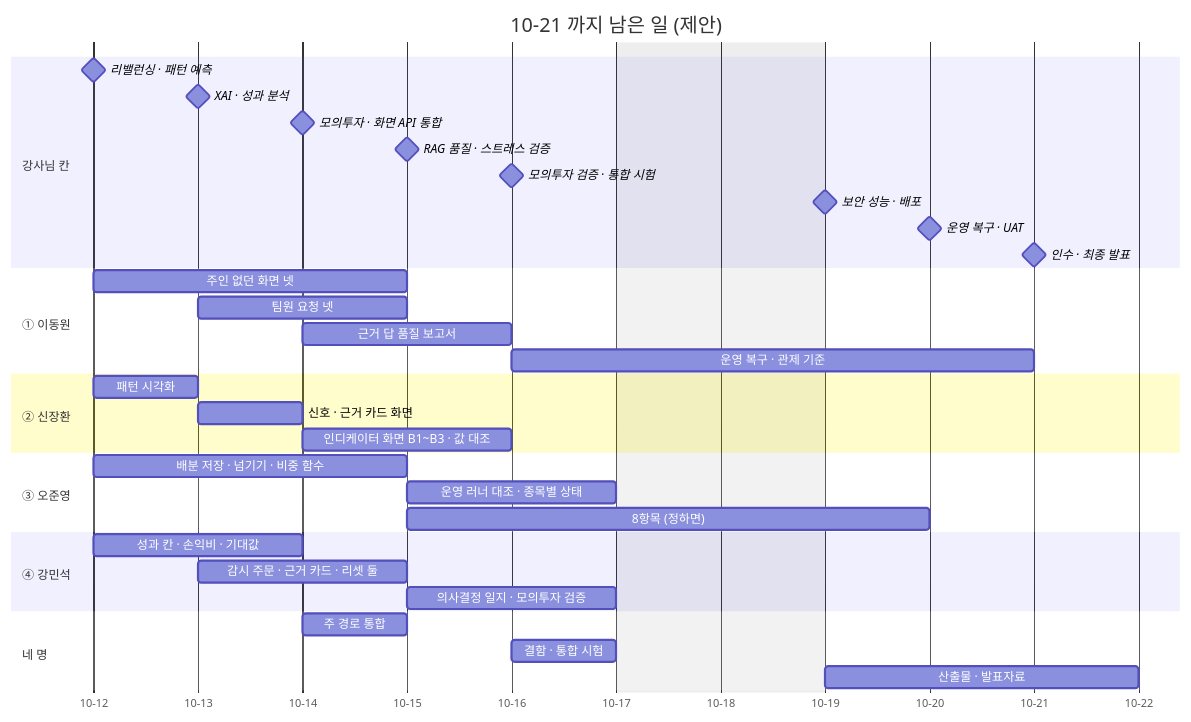
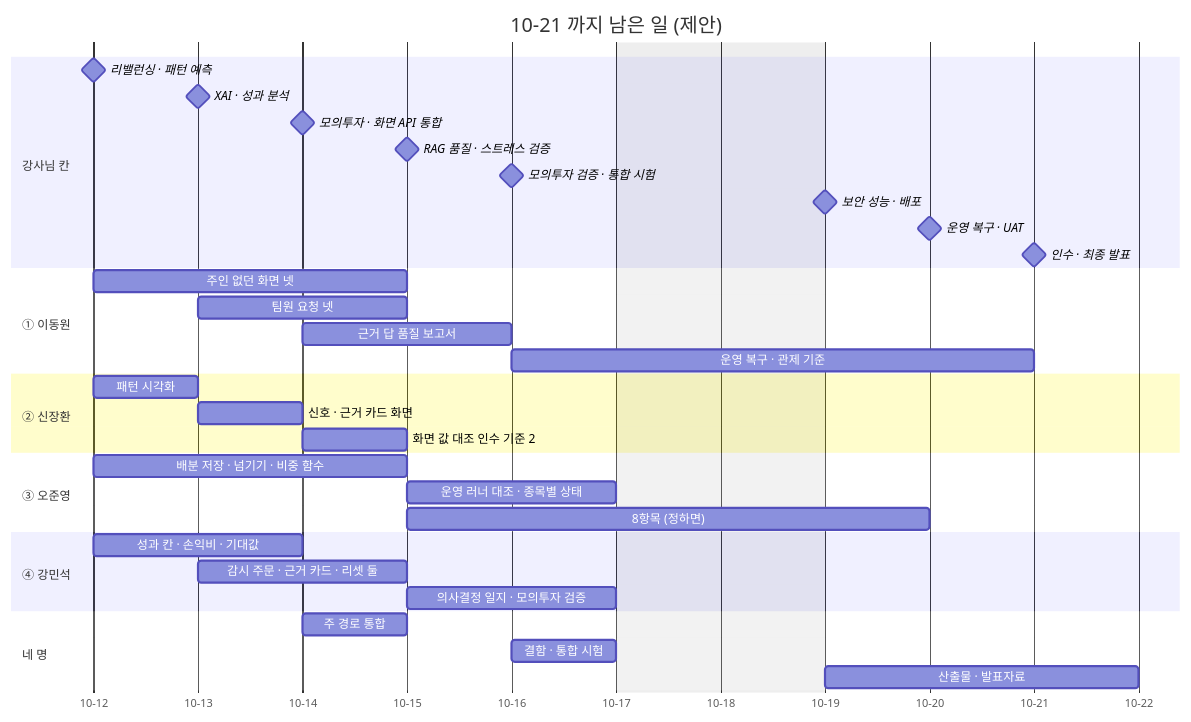
Before and after one commit to EST-team-project/Qurious: the fourth of 4 diagrams in docs/github-archive/2026-10-12/이슈-2차-중간점검/00-본문.md, drawn with Mermaid. The commit also changed other lines of this file and 84 other files, not shown here.

````diff
--- a/docs/github-archive/2026-10-12/이슈-2차-중간점검/00-본문.md
+++ b/docs/github-archive/2026-10-12/이슈-2차-중간점검/00-본문.md
@@ -280,37 +281,37 @@
 ```mermaid
 gantt
   title 10-21 까지 남은 일 (제안)
   dateFormat YYYY-MM-DD
   axisFormat %m-%d
   excludes weekends
   section 강사님 칸
   리밸런싱 · 패턴 예측            :milestone, m1, 2026-10-12, 0d
   XAI · 성과 분석                 :milestone, m2, 2026-10-13, 0d
   모의투자 · 화면 API 통합        :milestone, m3, 2026-10-14, 0d
   RAG 품질 · 스트레스 검증         :milestone, m4, 2026-10-15, 0d
   모의투자 검증 · 통합 시험        :milestone, m5, 2026-10-16, 0d
   보안 성능 · 배포                :milestone, m6, 2026-10-19, 0d
   운영 복구 · UAT                 :milestone, m7, 2026-10-20, 0d
   인수 · 최종 발표                :milestone, m8, 2026-10-21, 0d
   section ① 이동원
   주인 없던 화면 넷               :a1, 2026-10-12, 3d
   팀원 요청 넷                    :a2, 2026-10-13, 2d
   근거 답 품질 보고서             :a3, 2026-10-14, 2d
   운영 복구 · 관제 기준           :a4, 2026-10-16, 3d
   section ② 신장환
   패턴 시각화                     :b1, 2026-10-12, 1d
   신호 · 근거 카드 화면           :b2, 2026-10-13, 1d
-  인디케이터 화면 B1~B3 · 값 대조  :b3, 2026-10-14, 2d
+  화면 값 대조 인수 기준 2       :b3, 2026-10-14, 1d
   section ③ 오준영
   배분 저장 · 넘기기 · 비중 함수   :c1, 2026-10-12, 3d
   운영 러너 대조 · 종목별 상태     :c2, 2026-10-15, 2d
   8항목 (정하면)                  :c3, 2026-10-15, 3d
   section ④ 강민석
   성과 칸 · 손익비 · 기대값        :d1, 2026-10-12, 2d
   감시 주문 · 근거 카드 · 리셋 둘  :d2, 2026-10-13, 2d
   의사결정 일지 · 모의투자 검증    :d3, 2026-10-15, 2d
   section 네 명
   주 경로 통합                    :e1, 2026-10-14, 1d
   결함 · 통합 시험                :e2, 2026-10-16, 1d
   산출물 · 발표자료               :e3, 2026-10-19, 3d
 ```
````
